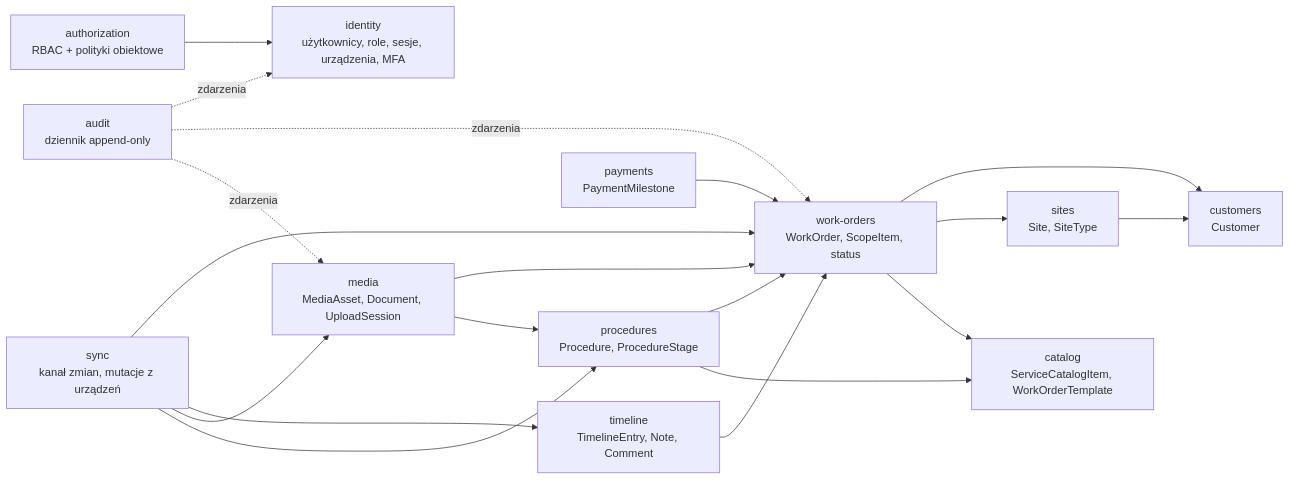
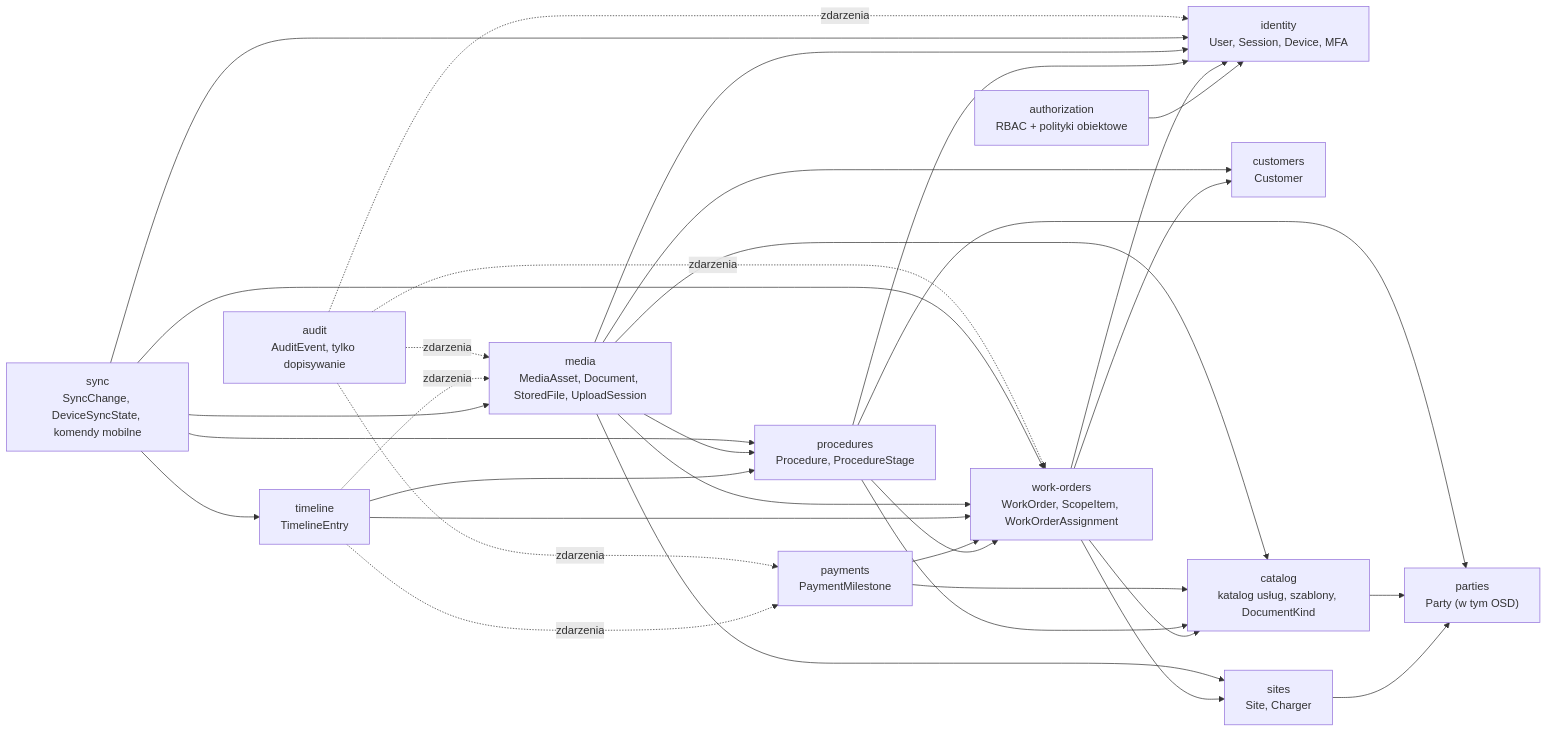
Before and after one commit to konradkluz/evia-manager: the third of 3 diagrams in docs/architecture/README.md, drawn with Mermaid. The commit also changed other lines of this file and 8 other files, not shown here.

First line of the commit message:
docs(architecture): add domain model v1, API guidelines and offline sync draft [EVM-002]

````diff
--- a/docs/architecture/README.md
+++ b/docs/architecture/README.md
@@ -141,33 +143,48 @@
 ```mermaid
 flowchart LR
-  identity["identity<br/>użytkownicy, role, sesje, urządzenia, MFA"]
+  identity["identity<br/>User, Session, Device, MFA"]
   authz["authorization<br/>RBAC + polityki obiektowe"]
-  audit["audit<br/>dziennik append-only"]
+  audit["audit<br/>AuditEvent, tylko dopisywanie"]
+  parties["parties<br/>Party (w tym OSD)"]
   customers["customers<br/>Customer"]
-  sites["sites<br/>Site, SiteType"]
-  catalog["catalog<br/>ServiceCatalogItem, WorkOrderTemplate"]
-  wo["work-orders<br/>WorkOrder, ScopeItem, status"]
+  sites["sites<br/>Site, Charger"]
+  catalog["catalog<br/>katalog usług, szablony, DocumentKind"]
+  wo["work-orders<br/>WorkOrder, ScopeItem, WorkOrderAssignment"]
   proc["procedures<br/>Procedure, ProcedureStage"]
   pay["payments<br/>PaymentMilestone"]
-  timeline["timeline<br/>TimelineEntry, Note, Comment"]
-  media["media<br/>MediaAsset, Document, UploadSession"]
-  sync["sync<br/>kanał zmian, mutacje z urządzeń"]
+  timeline["timeline<br/>TimelineEntry"]
+  media["media<br/>MediaAsset, Document, StoredFile, UploadSession"]
+  sync["sync<br/>SyncChange, DeviceSyncState, komendy mobilne"]
   authz --> identity
-  sites --> customers
+  sites --> parties
+  catalog --> parties
   wo --> customers
   wo --> sites
   wo --> catalog
+  wo --> identity
   proc --> wo
   proc --> catalog
+  proc --> parties
+  proc --> identity
   pay --> wo
+  pay --> catalog
   timeline --> wo
+  timeline --> proc
   media --> wo
   media --> proc
+  media --> customers
+  media --> sites
+  media --> catalog
+  media --> identity
+  sync --> identity
   sync --> wo
+  sync --> proc
   sync --> timeline
   sync --> media
-  sync --> proc
+  timeline -.->|"zdarzenia"| pay
+  timeline -.->|"zdarzenia"| media
   audit -.->|"zdarzenia"| identity
   audit -.->|"zdarzenia"| wo
+  audit -.->|"zdarzenia"| pay
   audit -.->|"zdarzenia"| media
 ```
````
